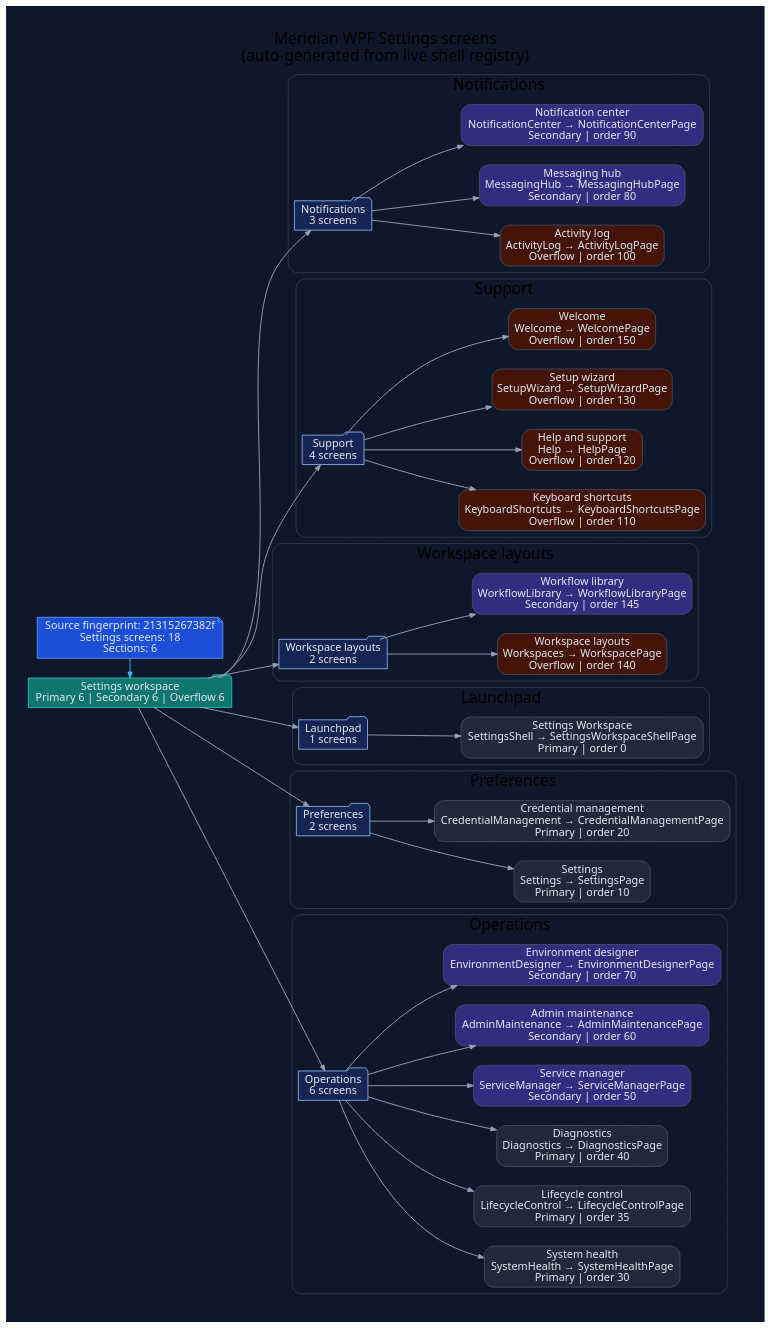
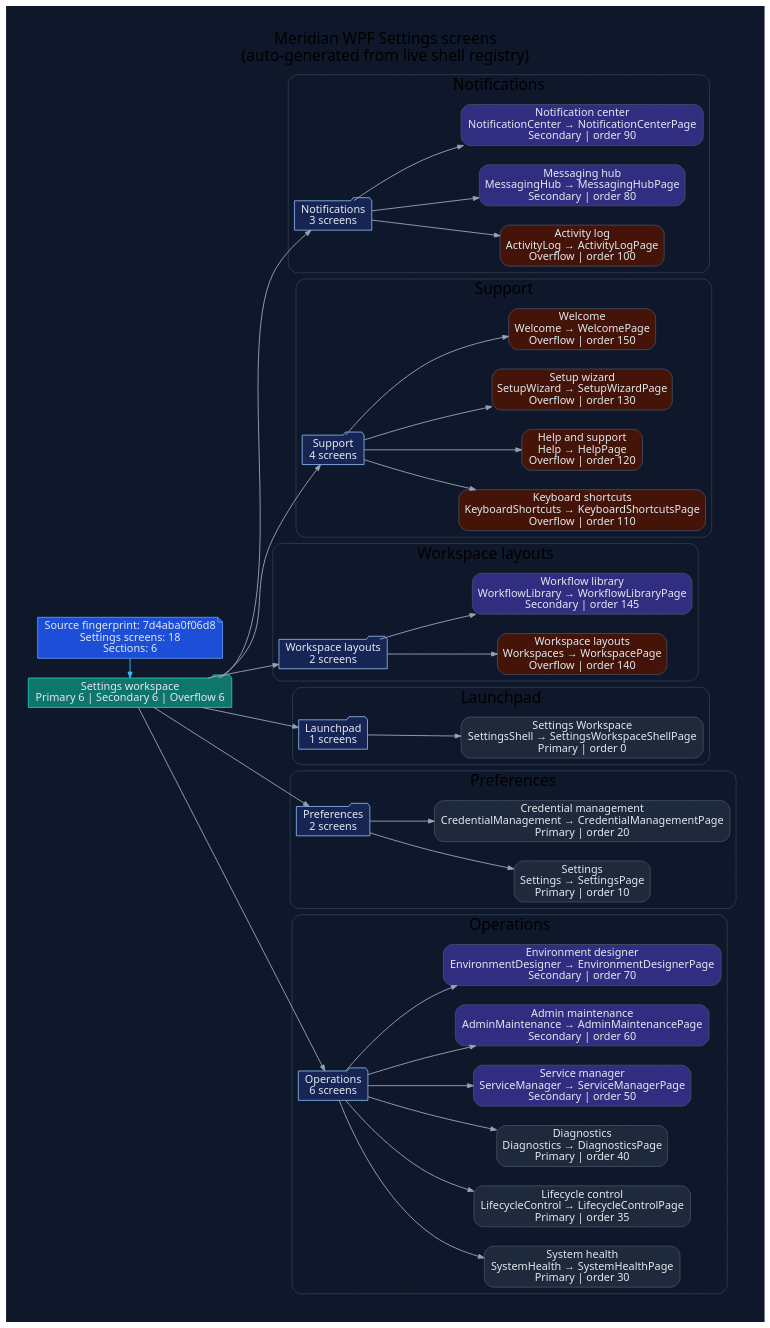
Before and after one commit to rodoHasArrived/Meridian-main: the diagram in docs/diagrams/ui/ui-wpf-screens-settings.dot, drawn with Graphviz. The commit also changed 51 other files, not shown here.

```diff
--- a/docs/diagrams/ui/ui-wpf-screens-settings.dot
+++ b/docs/diagrams/ui/ui-wpf-screens-settings.dot
@@ -1,110 +1,110 @@
 // -----------------------------------------------------------------------------
 // <auto-generated>
 // Generated by scripts/generate-diagrams.mjs.
 // Do not edit this file directly; update the WPF source files instead.
 // -----------------------------------------------------------------------------
 digraph WpfSettingsScreens {
   graph [
     rankdir=LR,
     labelloc=t,
     label="Meridian WPF Settings screens\n(auto-generated from live shell registry)",
     fontname="Segoe UI",
     fontsize=20,
     pad=0.4,
     nodesep=0.35,
     ranksep=0.85,
     bgcolor="#0f172a"
   ];
   node [fontname="Segoe UI", shape=box, style="rounded,filled", color="#475569", fontcolor="#e2e8f0", fillcolor="#1e293b"];
   edge [fontname="Segoe UI", color="#94a3b8", penwidth=1.2, arrowsize=0.75];
 
-  generated [shape=note, fillcolor="#1d4ed8", color="#60a5fa", label="Source fingerprint: 21315267382f\nSettings screens: 18\nSections: 6"];
+  generated [shape=note, fillcolor="#1d4ed8", color="#60a5fa", label="Source fingerprint: 7d4aba0f06d8\nSettings screens: 18\nSections: 6"];
   workspace [shape=folder, fillcolor="#0f766e", color="#2dd4bf", label="Settings workspace\nPrimary 6 | Secondary 6 | Overflow 6"];
   generated -> workspace [color="#38bdf8"];
 
   subgraph cluster_section_1 {
     label="Notifications";
     color="#334155";
     style="rounded";
     section_1 [shape=folder, fillcolor="#172554", color="#93c5fd", label="Notifications\n3 screens"];
     workspace -> section_1;
     screen_ActivityLog [fillcolor="#431407", label="Activity log\nActivityLog → ActivityLogPage\nOverflow | order 100"];
     section_1 -> screen_ActivityLog;
     screen_MessagingHub [fillcolor="#312e81", label="Messaging hub\nMessagingHub → MessagingHubPage\nSecondary | order 80"];
     section_1 -> screen_MessagingHub;
     screen_NotificationCenter [fillcolor="#312e81", label="Notification center\nNotificationCenter → NotificationCenterPage\nSecondary | order 90"];
     section_1 -> screen_NotificationCenter;
   }
 
   subgraph cluster_section_2 {
     label="Support";
     color="#334155";
     style="rounded";
     section_2 [shape=folder, fillcolor="#172554", color="#93c5fd", label="Support\n4 screens"];
     workspace -> section_2;
     screen_KeyboardShortcuts [fillcolor="#431407", label="Keyboard shortcuts\nKeyboardShortcuts → KeyboardShortcutsPage\nOverflow | order 110"];
     section_2 -> screen_KeyboardShortcuts;
     screen_Help [fillcolor="#431407", label="Help and support\nHelp → HelpPage\nOverflow | order 120"];
     section_2 -> screen_Help;
     screen_SetupWizard [fillcolor="#431407", label="Setup wizard\nSetupWizard → SetupWizardPage\nOverflow | order 130"];
     section_2 -> screen_SetupWizard;
     screen_Welcome [fillcolor="#431407", label="Welcome\nWelcome → WelcomePage\nOverflow | order 150"];
     section_2 -> screen_Welcome;
   }
 
   subgraph cluster_section_3 {
     label="Workspace layouts";
     color="#334155";
     style="rounded";
     section_3 [shape=folder, fillcolor="#172554", color="#93c5fd", label="Workspace layouts\n2 screens"];
     workspace -> section_3;
     screen_Workspaces [fillcolor="#431407", label="Workspace layouts\nWorkspaces → WorkspacePage\nOverflow | order 140"];
     section_3 -> screen_Workspaces;
     screen_WorkflowLibrary [fillcolor="#312e81", label="Workflow library\nWorkflowLibrary → WorkflowLibraryPage\nSecondary | order 145"];
     section_3 -> screen_WorkflowLibrary;
   }
 
   subgraph cluster_section_4 {
     label="Launchpad";
     color="#334155";
     style="rounded";
     section_4 [shape=folder, fillcolor="#172554", color="#93c5fd", label="Launchpad\n1 screens"];
     workspace -> section_4;
     screen_SettingsShell [fillcolor="#1e293b", label="Settings Workspace\nSettingsShell → SettingsWorkspaceShellPage\nPrimary | order 0"];
     section_4 -> screen_SettingsShell;
   }
 
   subgraph cluster_section_5 {
     label="Preferences";
     color="#334155";
     style="rounded";
     section_5 [shape=folder, fillcolor="#172554", color="#93c5fd", label="Preferences\n2 screens"];
     workspace -> section_5;
     screen_Settings [fillcolor="#1e293b", label="Settings\nSettings → SettingsPage\nPrimary | order 10"];
     section_5 -> screen_Settings;
     screen_CredentialManagement [fillcolor="#1e293b", label="Credential management\nCredentialManagement → CredentialManagementPage\nPrimary | order 20"];
     section_5 -> screen_CredentialManagement;
   }
 
   subgraph cluster_section_6 {
     label="Operations";
     color="#334155";
     style="rounded";
     section_6 [shape=folder, fillcolor="#172554", color="#93c5fd", label="Operations\n6 screens"];
     workspace -> section_6;
     screen_SystemHealth [fillcolor="#1e293b", label="System health\nSystemHealth → SystemHealthPage\nPrimary | order 30"];
     section_6 -> screen_SystemHealth;
     screen_LifecycleControl [fillcolor="#1e293b", label="Lifecycle control\nLifecycleControl → LifecycleControlPage\nPrimary | order 35"];
     section_6 -> screen_LifecycleControl;
     screen_Diagnostics [fillcolor="#1e293b", label="Diagnostics\nDiagnostics → DiagnosticsPage\nPrimary | order 40"];
     section_6 -> screen_Diagnostics;
     screen_ServiceManager [fillcolor="#312e81", label="Service manager\nServiceManager → ServiceManagerPage\nSecondary | order 50"];
     section_6 -> screen_ServiceManager;
     screen_AdminMaintenance [fillcolor="#312e81", label="Admin maintenance\nAdminMaintenance → AdminMaintenancePage\nSecondary | order 60"];
     section_6 -> screen_AdminMaintenance;
     screen_EnvironmentDesigner [fillcolor="#312e81", label="Environment designer\nEnvironmentDesigner → EnvironmentDesignerPage\nSecondary | order 70"];
     section_6 -> screen_EnvironmentDesigner;
   }
 
   { rank=min; generated; workspace; }
 }
```
